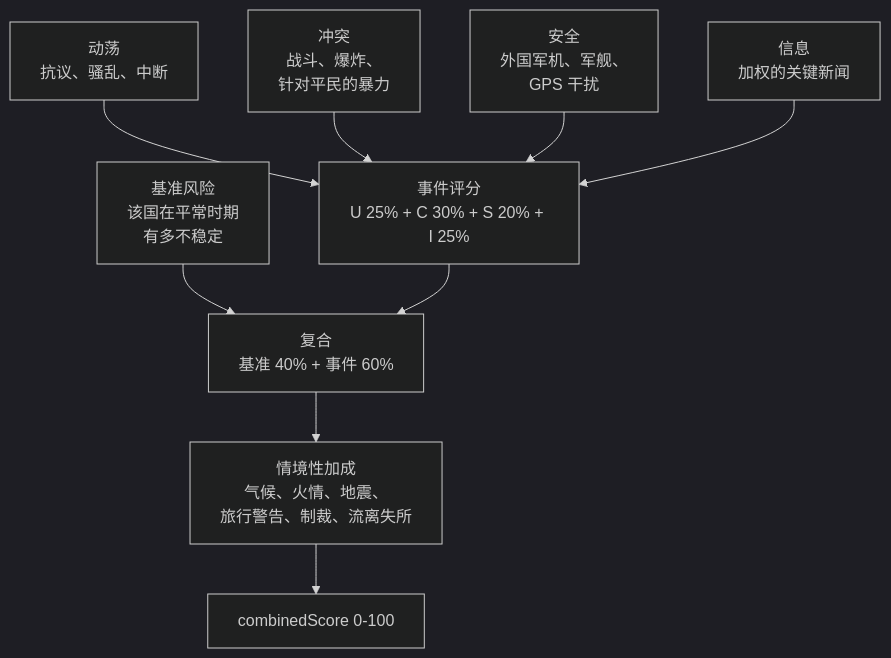
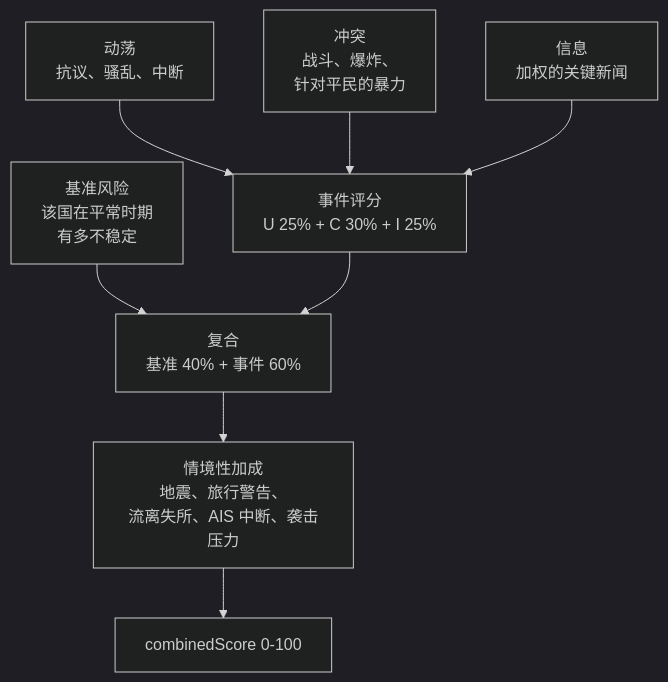
Before and after one commit to khris117/worldmonitor-custom: the diagram in docs/zh/methodology/cii-risk-scores.mdx, drawn with Mermaid (dark theme). The commit also changed other lines of this file and 27 other files, not shown here.

````diff
--- a/docs/zh/methodology/cii-risk-scores.mdx
+++ b/docs/zh/methodology/cii-risk-scores.mdx
@@ -32,11 +32,10 @@
 ```mermaid
 flowchart TD
-  U["动荡<br/>抗议、骚乱、中断"] --> E["事件评分<br/>U 25% + C 30% + S 20% + I 25%"]
+  U["动荡<br/>抗议、骚乱、中断"] --> E["事件评分<br/>U 25% + C 30% + I 25%"]
   C["冲突<br/>战斗、爆炸、<br/>针对平民的暴力"] --> E
-  S["安全<br/>外国军机、军舰、<br/>GPS 干扰"] --> E
   I["信息<br/>加权的关键新闻"] --> E
   B["基准风险<br/>该国在平常时期<br/>有多不稳定"] --> M["复合<br/>基准 40% + 事件 60%"]
   E --> M
-  M --> X["情境性加成<br/>气候、火情、地震、<br/>旅行警告、制裁、流离失所"]
+  M --> X["情境性加成<br/>地震、旅行警告、<br/>流离失所、AIS 中断、袭击压力"]
   X --> R["combinedScore 0-100"]
 ```
````
